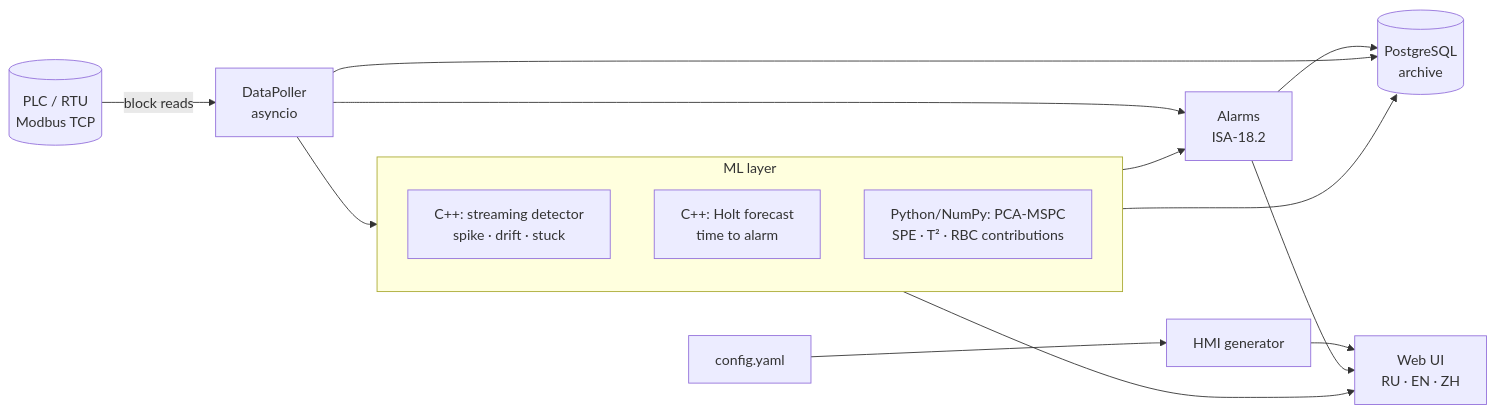
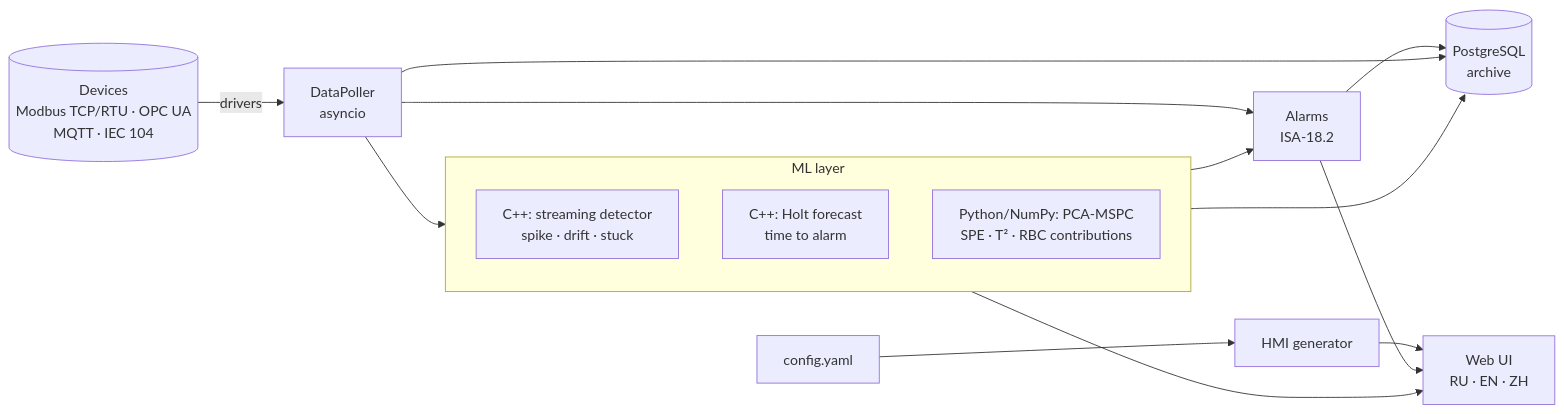
Before and after one commit to Anton-Sergeev-EA/SCADA_Generator: the diagram in README.en.md, drawn with Mermaid. The commit also changed other lines of this file and 9 other files, not shown here.

````diff
--- a/README.en.md
+++ b/README.en.md
@@ -52,18 +53,18 @@
 ```mermaid
 flowchart LR
-  PLC[(PLC / RTU<br>Modbus TCP)] -->|block reads| P[DataPoller<br>asyncio]
+  PLC[(Devices<br>Modbus TCP/RTU · OPC UA<br>MQTT · IEC 104)] -->|drivers| P[DataPoller<br>asyncio]
   YAML[config.yaml] --> G[HMI generator] --> UI
   P --> A[Alarms<br>ISA-18.2]
   P --> ML
   subgraph ML[ML layer]
     D[C++: streaming detector<br>spike · drift · stuck]
     F[C++: Holt forecast<br>time to alarm]
     M[Python/NumPy: PCA-MSPC<br>SPE · T² · RBC contributions]
   end
   ML --> A
   A --> DB[(PostgreSQL<br>archive)]
   P --> DB
   ML --> DB
   A --> UI[Web UI<br>RU · EN · ZH]
   ML --> UI
 ```
````
